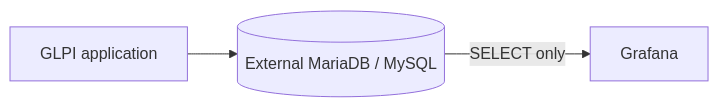
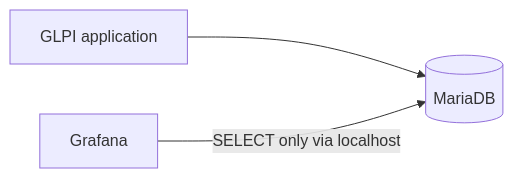
The diagram in docs/architecture.md (tsathler/glpi-grafana-dashboards), drawn with Mermaid before and after one commit. The commit also changed other lines of this file and 4 other files, not shown here.

````diff
--- a/docs/architecture.md
+++ b/docs/architecture.md
@@ -3,9 +3,9 @@
 ```mermaid
 flowchart LR
     GLPI[GLPI application]
-    DB[(External MariaDB / MySQL)]
+    DB[(MariaDB)]
     Grafana[Grafana]
 
     GLPI --> DB
-    DB -->|SELECT only| Grafana
+    Grafana -->|SELECT only via localhost| DB
 ```
````
